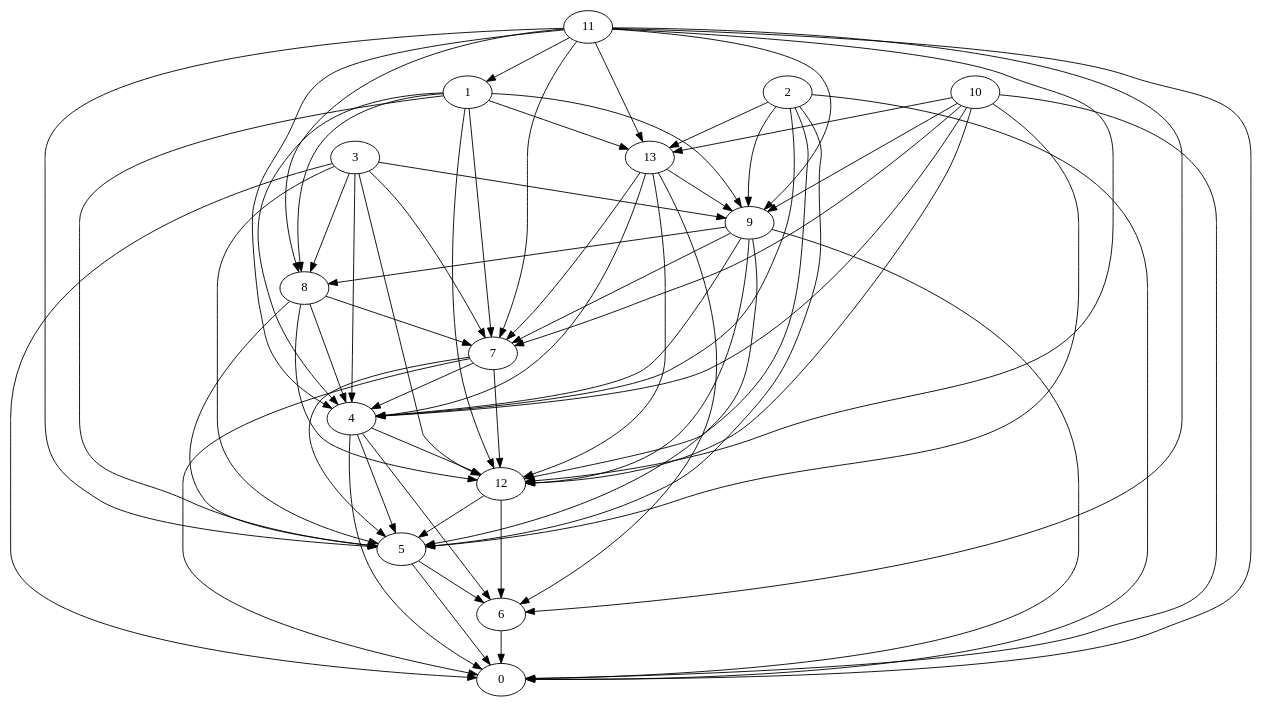
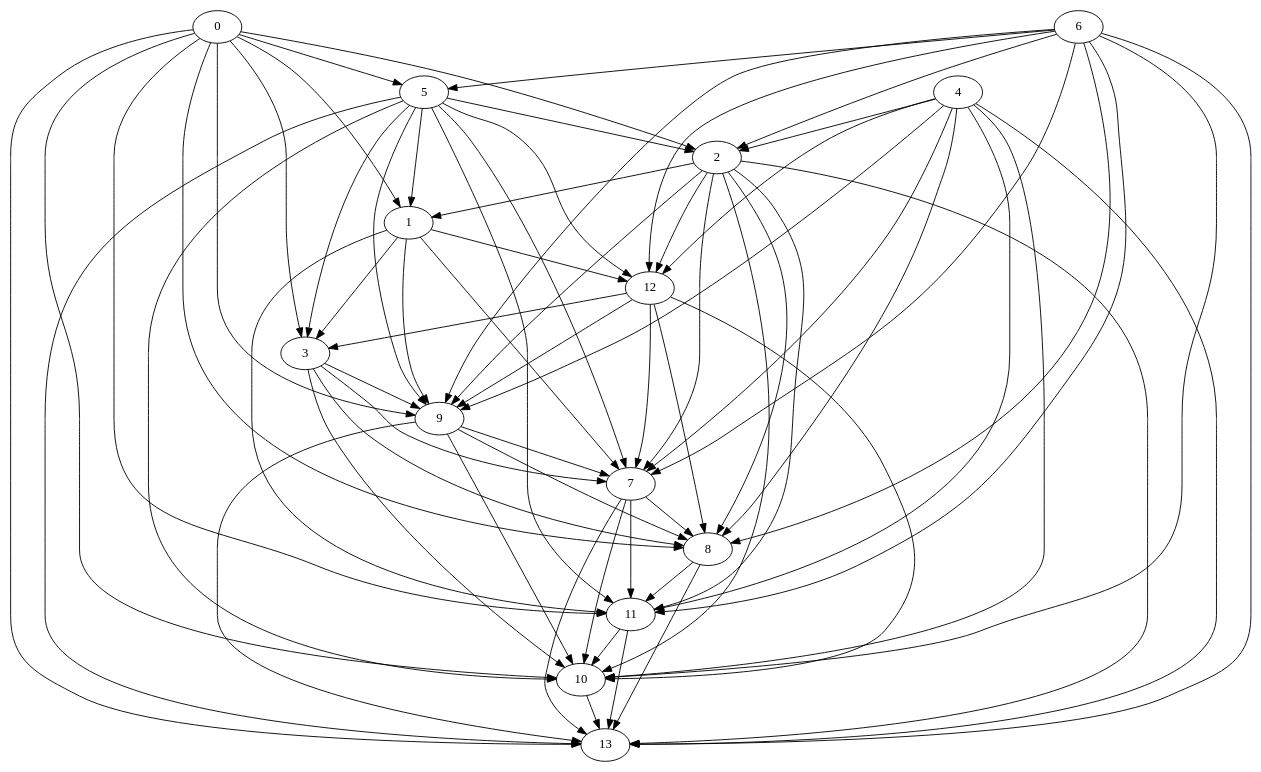
The diagram in src/main/resources/dotfiles/random/Random_Graph.dot (zsuh022/process-scheduler), drawn with Graphviz before and after one commit. The commit also changed 4 other files, not shown here.

```diff
--- a/src/main/resources/dotfiles/random/Random_Graph.dot
+++ b/src/main/resources/dotfiles/random/Random_Graph.dot
@@ -1,81 +1,86 @@
 digraph {
-	"11" ["Weight"=196];
-	"12" ["Weight"=711];
-	"13" ["Weight"=174];
-	"0" ["Weight"=823];
-	"1" ["Weight"=666];
-	"2" ["Weight"=440];
-	"3" ["Weight"=771];
-	"4" ["Weight"=353];
-	"5" ["Weight"=157];
-	"6" ["Weight"=331];
-	"7" ["Weight"=247];
-	"8" ["Weight"=380];
-	"9" ["Weight"=820];
-	"10" ["Weight"=217];
-	"4" -> "5" ["Weight"=573];
-	"4" -> "6" ["Weight"=112];
-	"11" -> "0" ["Weight"=455];
-	"11" -> "1" ["Weight"=801];
-	"1" -> "12" ["Weight"=969];
-	"1" -> "13" ["Weight"=417];
-	"3" -> "12" ["Weight"=187];
-	"11" -> "4" ["Weight"=629];
-	"11" -> "5" ["Weight"=131];
-	"10" -> "13" ["Weight"=631];
-	"11" -> "6" ["Weight"=967];
-	"9" -> "0" ["Weight"=871];
-	"10" -> "12" ["Weight"=175];
-	"11" -> "7" ["Weight"=212];
-	"7" -> "12" ["Weight"=821];
-	"11" -> "8" ["Weight"=581];
-	"11" -> "9" ["Weight"=618];
-	"9" -> "12" ["Weight"=595];
-	"5" -> "0" ["Weight"=401];
-	"9" -> "4" ["Weight"=323];
-	"9" -> "5" ["Weight"=328];
-	"9" -> "7" ["Weight"=395];
-	"9" -> "8" ["Weight"=694];
-	"5" -> "6" ["Weight"=639];
-	"1" -> "4" ["Weight"=581];
-	"1" -> "5" ["Weight"=142];
-	"1" -> "7" ["Weight"=772];
-	"1" -> "8" ["Weight"=326];
-	"1" -> "9" ["Weight"=166];
-	"12" -> "5" ["Weight"=354];
-	"12" -> "6" ["Weight"=564];
-	"6" -> "0" ["Weight"=405];
-	"2" -> "0" ["Weight"=296];
-	"2" -> "4" ["Weight"=292];
-	"2" -> "5" ["Weight"=457];
-	"2" -> "9" ["Weight"=779];
-	"13" -> "4" ["Weight"=173];
-	"2" -> "12" ["Weight"=332];
-	"2" -> "13" ["Weight"=121];
-	"13" -> "6" ["Weight"=700];
-	"13" -> "12" ["Weight"=202];
-	"4" -> "12" ["Weight"=678];
-	"11" -> "13" ["Weight"=245];
-	"13" -> "7" ["Weight"=643];
-	"11" -> "12" ["Weight"=298];
-	"13" -> "9" ["Weight"=452];
-	"7" -> "0" ["Weight"=761];
-	"8" -> "12" ["Weight"=515];
-	"3" -> "0" ["Weight"=453];
-	"7" -> "4" ["Weight"=110];
-	"7" -> "5" ["Weight"=155];
-	"3" -> "4" ["Weight"=867];
-	"3" -> "5" ["Weight"=645];
-	"3" -> "7" ["Weight"=234];
-	"3" -> "8" ["Weight"=729];
-	"3" -> "9" ["Weight"=196];
-	"10" -> "0" ["Weight"=153];
-	"10" -> "4" ["Weight"=978];
-	"10" -> "5" ["Weight"=552];
-	"10" -> "7" ["Weight"=102];
-	"10" -> "9" ["Weight"=657];
-	"4" -> "0" ["Weight"=796];
-	"8" -> "4" ["Weight"=263];
-	"8" -> "5" ["Weight"=563];
-	"8" -> "7" ["Weight"=572];
+	"11" ["Weight"=799];
+	"12" ["Weight"=831];
+	"13" ["Weight"=407];
+	"0" ["Weight"=481];
+	"1" ["Weight"=178];
+	"2" ["Weight"=961];
+	"3" ["Weight"=666];
+	"4" ["Weight"=572];
+	"5" ["Weight"=279];
+	"6" ["Weight"=471];
+	"7" ["Weight"=455];
+	"8" ["Weight"=729];
+	"9" ["Weight"=468];
+	"10" ["Weight"=535];
+	"0" -> "1" ["Weight"=786];
+	"0" -> "2" ["Weight"=959];
+	"0" -> "3" ["Weight"=403];
+	"4" -> "7" ["Weight"=423];
+	"4" -> "8" ["Weight"=540];
+	"0" -> "5" ["Weight"=856];
+	"4" -> "9" ["Weight"=888];
+	"0" -> "8" ["Weight"=122];
+	"0" -> "9" ["Weight"=191];
+	"1" -> "11" ["Weight"=570];
+	"1" -> "12" ["Weight"=568];
+	"3" -> "10" ["Weight"=384];
+	"5" -> "10" ["Weight"=813];
+	"5" -> "11" ["Weight"=216];
+	"5" -> "12" ["Weight"=629];
+	"7" -> "10" ["Weight"=788];
+	"10" -> "13" ["Weight"=643];
+	"5" -> "13" ["Weight"=895];
+	"7" -> "11" ["Weight"=118];
+	"12" -> "10" ["Weight"=839];
+	"9" -> "10" ["Weight"=627];
+	"7" -> "13" ["Weight"=786];
+	"9" -> "13" ["Weight"=704];
+	"5" -> "1" ["Weight"=569];
+	"5" -> "2" ["Weight"=373];
+	"5" -> "3" ["Weight"=325];
+	"9" -> "7" ["Weight"=242];
+	"9" -> "8" ["Weight"=326];
+	"1" -> "3" ["Weight"=629];
+	"5" -> "7" ["Weight"=691];
+	"5" -> "9" ["Weight"=952];
+	"1" -> "7" ["Weight"=467];
+	"1" -> "9" ["Weight"=151];
+	"11" -> "10" ["Weight"=368];
+	"12" -> "3" ["Weight"=496];
+	"12" -> "7" ["Weight"=379];
+	"12" -> "8" ["Weight"=516];
+	"12" -> "9" ["Weight"=903];
+	"6" -> "2" ["Weight"=376];
+	"2" -> "1" ["Weight"=350];
+	"6" -> "5" ["Weight"=451];
+	"6" -> "7" ["Weight"=227];
+	"6" -> "8" ["Weight"=453];
+	"6" -> "9" ["Weight"=145];
+	"2" -> "7" ["Weight"=638];
+	"2" -> "8" ["Weight"=357];
+	"2" -> "9" ["Weight"=870];
+	"0" -> "10" ["Weight"=237];
+	"0" -> "11" ["Weight"=816];
+	"2" -> "10" ["Weight"=987];
+	"0" -> "13" ["Weight"=946];
+	"2" -> "11" ["Weight"=537];
+	"2" -> "12" ["Weight"=767];
+	"4" -> "10" ["Weight"=344];
+	"2" -> "13" ["Weight"=779];
+	"4" -> "11" ["Weight"=724];
+	"4" -> "12" ["Weight"=973];
+	"6" -> "10" ["Weight"=801];
+	"11" -> "13" ["Weight"=350];
+	"4" -> "13" ["Weight"=704];
+	"6" -> "11" ["Weight"=369];
+	"6" -> "12" ["Weight"=558];
+	"6" -> "13" ["Weight"=341];
+	"8" -> "11" ["Weight"=341];
+	"8" -> "13" ["Weight"=259];
+	"7" -> "8" ["Weight"=198];
+	"3" -> "7" ["Weight"=663];
+	"3" -> "8" ["Weight"=620];
+	"3" -> "9" ["Weight"=388];
+	"4" -> "2" ["Weight"=948];
 }
```
